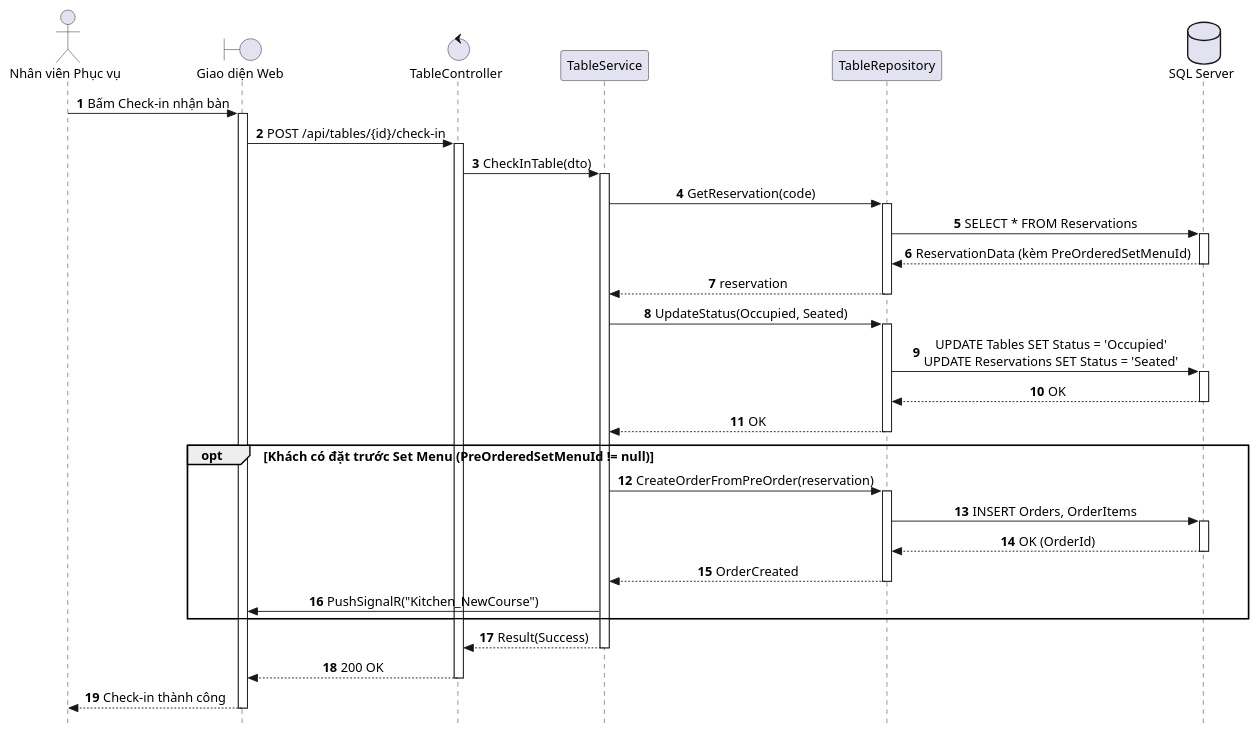
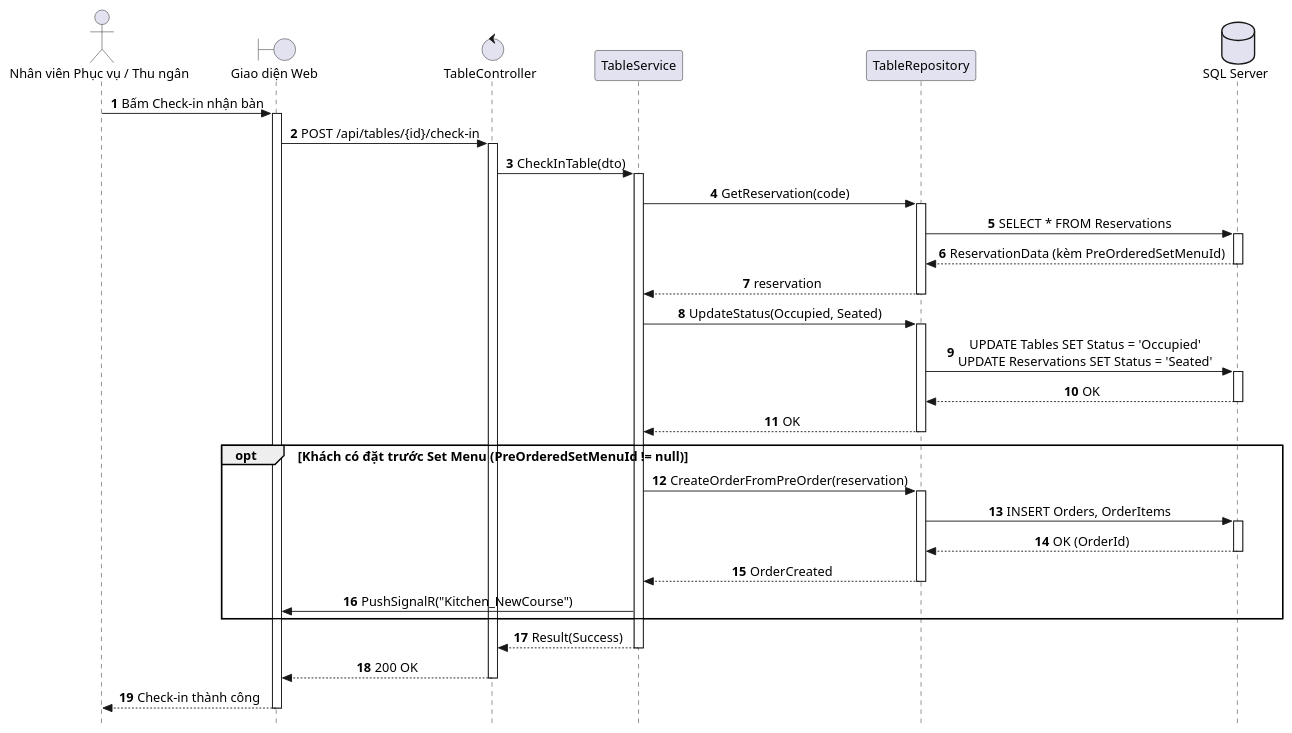
Before and after one commit to AndrewQng/VinDining: the diagram in docs/puml/sequences/SD_UC_E6_1_CheckIn_Reservation.puml, drawn with PlantUML. The commit also changed 74 other files, not shown here.

Commit message:
docs: add phase 1 documentation, drawio diagrams, and sequence puml files

```diff
--- a/docs/puml/sequences/SD_UC_E6_1_CheckIn_Reservation.puml
+++ b/docs/puml/sequences/SD_UC_E6_1_CheckIn_Reservation.puml
@@ -1,69 +1,69 @@
 @startuml SD_UC_E6_1_CheckIn_Reservation
 autonumber
 skinparam style strictuml
 skinparam sequenceMessageAlign center
 skinparam responseMessageBelowArrow true
 skinparam defaultFontName "Segoe UI", Arial, sans-serif
 skinparam defaultFontSize 14
 
-actor "Nhân viên Phục vụ" as Waitstaff
+actor "Nhân viên Phục vụ / Thu ngân" as Staff
 boundary "Giao diện Web" as UI
 control "TableController" as Controller
 participant "TableService" as Service
 participant "TableRepository" as Repo
 database "SQL Server" as DB
 
-Waitstaff -> UI: Bấm Check-in nhận bàn
+Staff -> UI: Bấm Check-in nhận bàn
 activate UI
 
 UI -> Controller: POST /api/tables/{id}/check-in
 activate Controller
 
 Controller -> Service: CheckInTable(dto)
 activate Service
 
 Service -> Repo: GetReservation(code)
 activate Repo
 
 Repo -> DB: SELECT * FROM Reservations
 activate DB
 DB --> Repo: ReservationData (kèm PreOrderedSetMenuId)
 deactivate DB
 
 Repo --> Service: reservation
 deactivate Repo
 
 Service -> Repo: UpdateStatus(Occupied, Seated)
 activate Repo
 
 Repo -> DB: UPDATE Tables SET Status = 'Occupied'\nUPDATE Reservations SET Status = 'Seated'
 activate DB
 DB --> Repo: OK
 deactivate DB
 
 Repo --> Service: OK
 deactivate Repo
 
 opt Khách có đặt trước Set Menu (PreOrderedSetMenuId != null)
     Service -> Repo: CreateOrderFromPreOrder(reservation)
     activate Repo
     Repo -> DB: INSERT Orders, OrderItems 
     activate DB
     DB --> Repo: OK (OrderId)
     deactivate DB
     Repo --> Service: OrderCreated
     deactivate Repo
 
     Service -> UI: PushSignalR("Kitchen_NewCourse")
 end
 
 Service --> Controller: Result(Success)
 deactivate Service
 
 Controller --> UI: 200 OK
 deactivate Controller
 
-UI --> Waitstaff: Check-in thành công
+UI --> Staff: Check-in thành công
 deactivate UI
 
 @enduml
```
